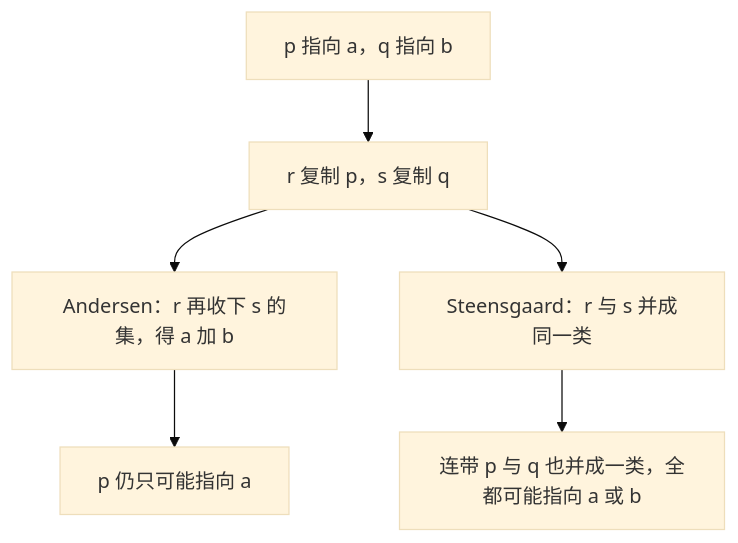
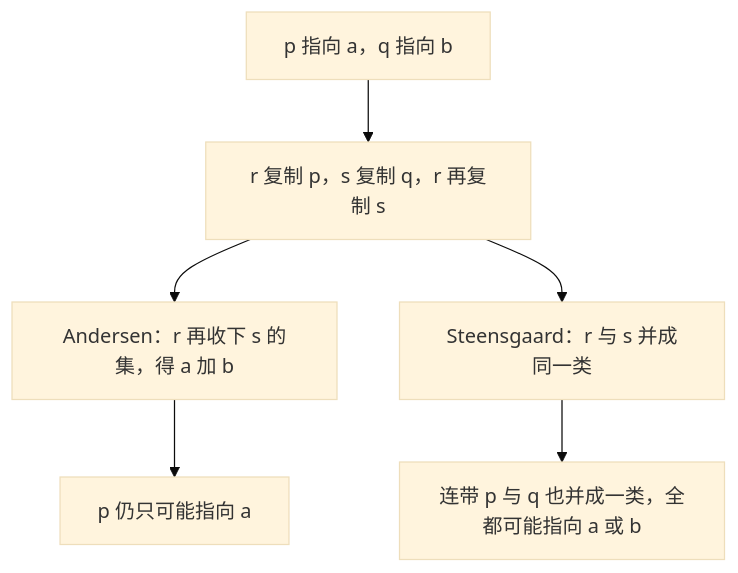
One commit to xhongduo-tech/xhongduo-tech.github.io changed the second of 2 diagrams in docs/cs/points-to-analysis.md. Above: the diagram before and after it, drawn with Mermaid (base theme). The commit also changed other lines of this file and 5 other files, not shown here.

Commit message:
Content review cs-273: five assignments feed the points-to example with its diagram, scalar replacement covers two memory ops, the SSA construction lesson already gave the phis, PRE sits earlier in the scalar unit, and coalescing risk is phrased as worst-case rather than certain.

````diff
--- a/docs/cs/points-to-analysis.md
+++ b/docs/cs/points-to-analysis.md
@@ -50,8 +50,8 @@
 ```mermaid
 flowchart TD
-  S1["p 指向 a，q 指向 b"] --> S2["r 复制 p，s 复制 q"]
+  S1["p 指向 a，q 指向 b"] --> S2["r 复制 p，s 复制 q，r 再复制 s"]
   S2 --> A["Andersen：r 再收下 s 的集，得 a 加 b"]
   A --> A2["p 仍只可能指向 a"]
   S2 --> B["Steensgaard：r 与 s 并成同一类"]
   B --> B2["连带 p 与 q 也并成一类，全都可能指向 a 或 b"]
 ```
````
